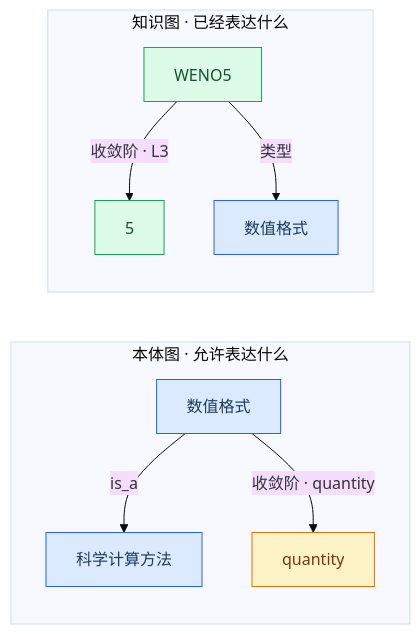
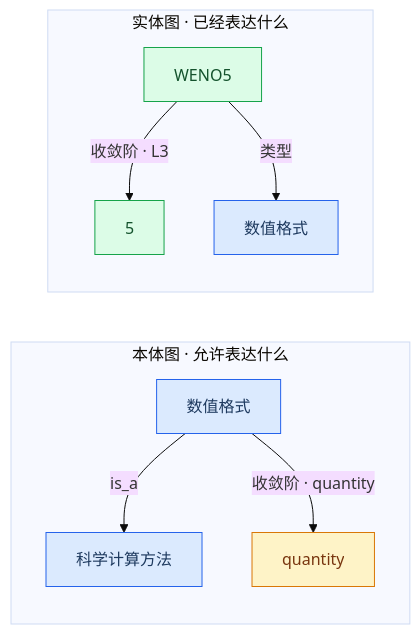
Before and after one commit to Clearailhc/clearai-dsh: the second of 4 diagrams in docs/domain-ontology.zh-CN.md, drawn with Mermaid (base theme). The commit also changed other lines of this file and 26 other files, not shown here.

First line of the commit message:
docs: 术语收敛(本体图/实体图)与面板设计定案——本体融进「事实」格

````diff
--- a/docs/domain-ontology.zh-CN.md
+++ b/docs/domain-ontology.zh-CN.md
@@ -126,22 +126,22 @@
 ```mermaid
 flowchart LR
     accTitle: Ontology Graph Versus Knowledge Graph
     accDescr: The ontology graph declares which concepts and predicates exist, while the knowledge graph shows the typed facts that were actually promoted.
 
     subgraph onto["本体图 · 允许表达什么"]
         scheme["数值格式"] -->|is_a| method["科学计算方法"]
         scheme -->|"收敛阶 · quantity"| qty["quantity"]
     end
-    subgraph kg["知识图 · 已经表达什么"]
+    subgraph kg["实体图 · 已经表达什么"]
         weno["WENO5"] -->|"收敛阶 · L3"| five["5"]
         weno -->|"类型"| scheme2["数值格式"]
     end
 
     classDef concept fill:#dbeafe,stroke:#2563eb,color:#1e3a5f
     classDef value fill:#fef3c7,stroke:#d97706,color:#78350f
     classDef inst fill:#dcfce7,stroke:#16a34a,color:#14532d
 
     class scheme,method,scheme2 concept
     class qty value
     class weno,five inst
 ```
````
